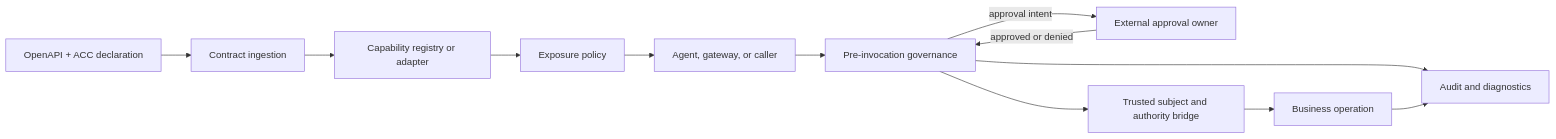
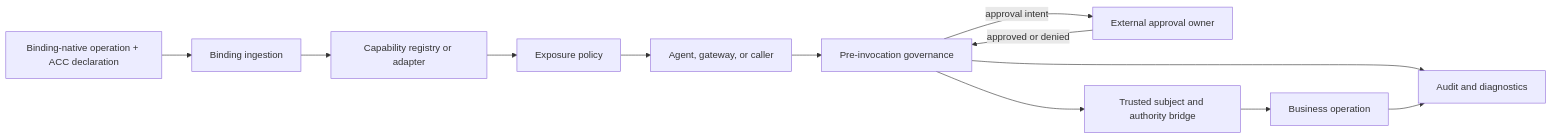
Before and after one commit to agent-capability/agent-capability-contract: the first of 2 diagrams in IMPLEMENTER_GUIDE.md, drawn with Mermaid. The commit also changed other lines of this file and 19 other files, not shown here.

Commit message:
spec: clarify core and binding architecture

````diff
--- a/IMPLEMENTER_GUIDE.md
+++ b/IMPLEMENTER_GUIDE.md
@@ -36,14 +36,14 @@
 ```mermaid
 flowchart LR
-    A["OpenAPI + ACC declaration"] --> B["Contract ingestion"]
+    A["Binding-native operation + ACC declaration"] --> B["Binding ingestion"]
     B --> C["Capability registry or adapter"]
     C --> D["Exposure policy"]
     D --> E["Agent, gateway, or caller"]
     E --> F["Pre-invocation governance"]
     F -->|"approval intent"| G["External approval owner"]
     G -->|"approved or denied"| F
     F --> H["Trusted subject and authority bridge"]
     H --> I["Business operation"]
     F --> J["Audit and diagnostics"]
     I --> J
 ```
````
